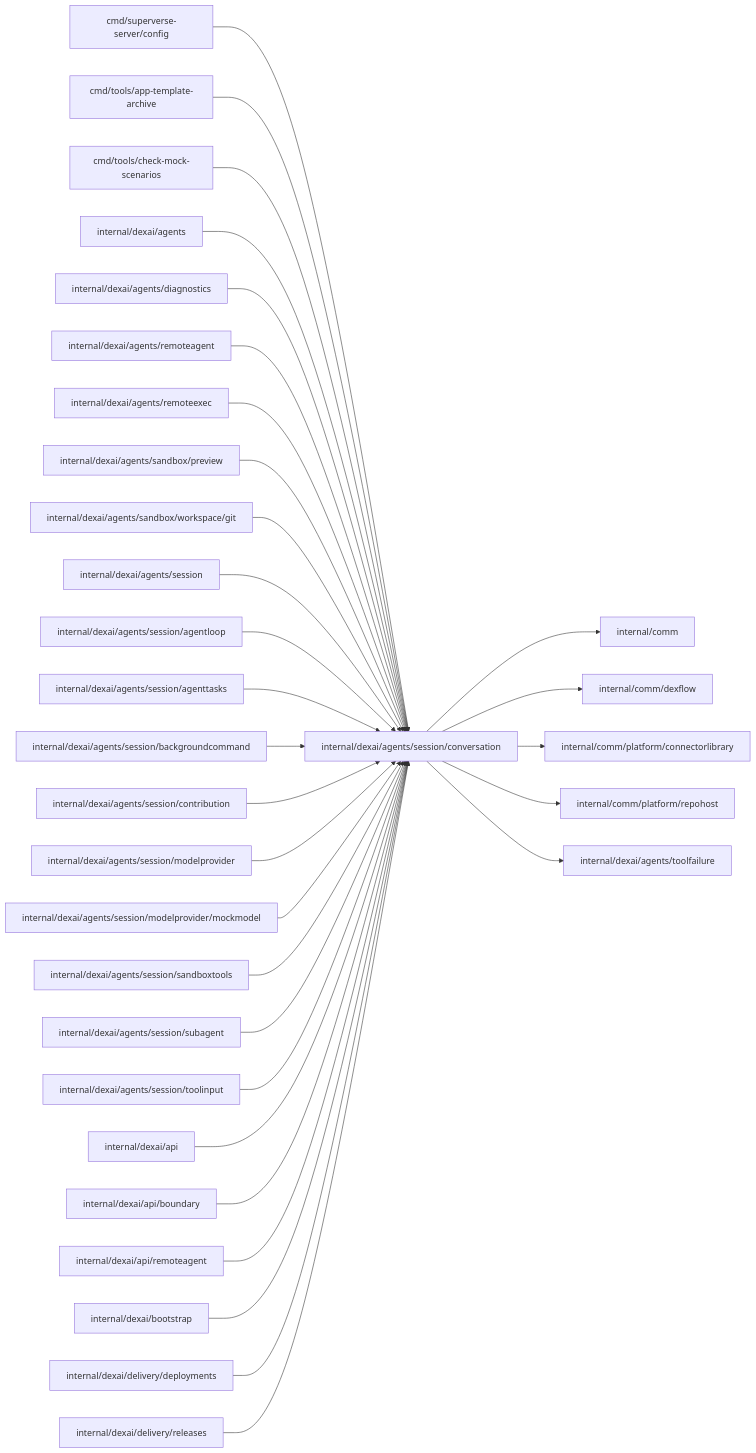
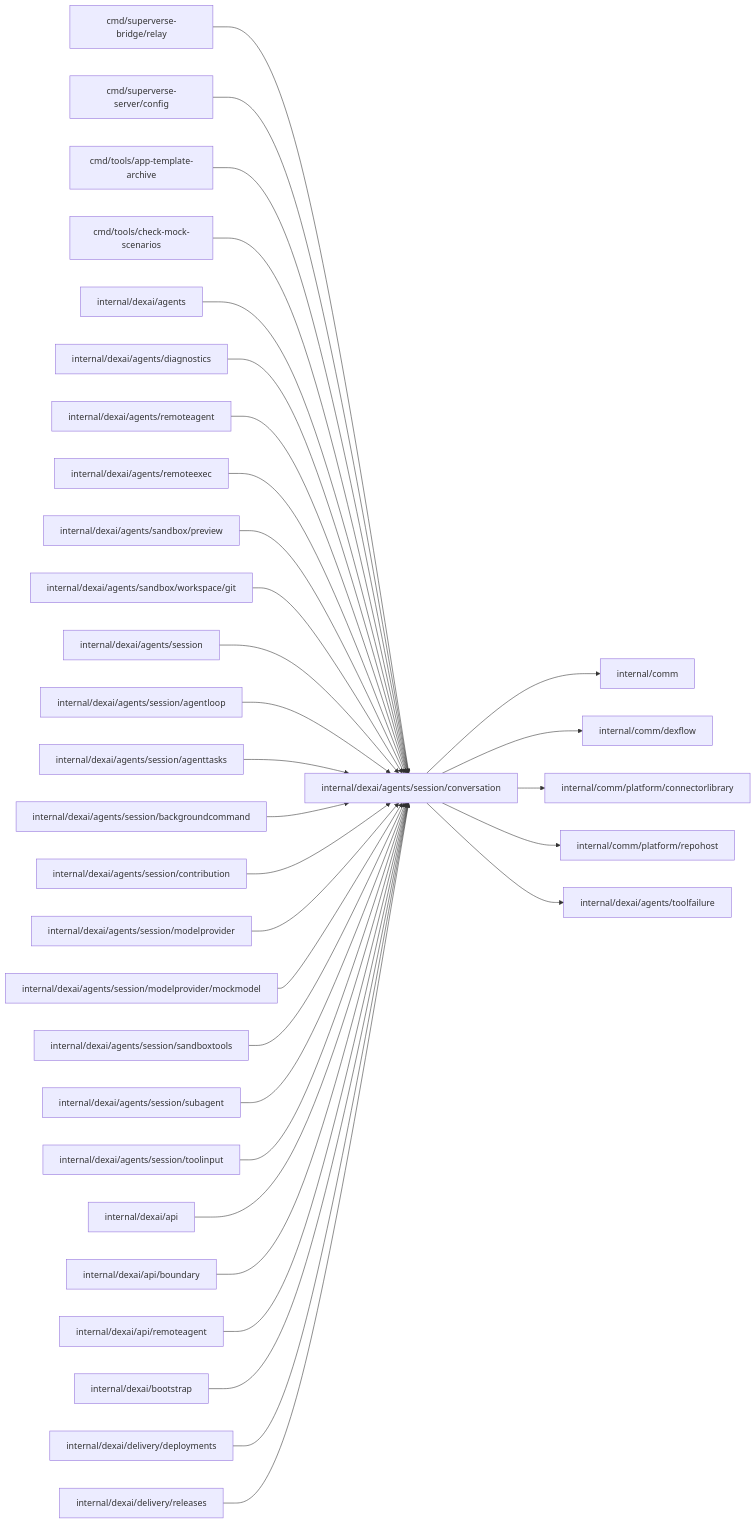
The diagram in internal/dexai/agents/session/conversation/README.md (superdurable/superverse), drawn with Mermaid before and after one commit. The commit also changed other lines of this file and 28 other files, not shown here.

````diff
--- a/internal/dexai/agents/session/conversation/README.md
+++ b/internal/dexai/agents/session/conversation/README.md
@@ -10,34 +10,35 @@
 ```mermaid
 flowchart LR
   self["internal/dexai/agents/session/conversation"]
-  c0["cmd/superverse-server/config"] --> self
-  c1["cmd/tools/app-template-archive"] --> self
-  c2["cmd/tools/check-mock-scenarios"] --> self
-  c3["internal/dexai/agents"] --> self
-  c4["internal/dexai/agents/diagnostics"] --> self
-  c5["internal/dexai/agents/remoteagent"] --> self
-  c6["internal/dexai/agents/remoteexec"] --> self
-  c7["internal/dexai/agents/sandbox/preview"] --> self
-  c8["internal/dexai/agents/sandbox/workspace/git"] --> self
-  c9["internal/dexai/agents/session"] --> self
-  c10["internal/dexai/agents/session/agentloop"] --> self
-  c11["internal/dexai/agents/session/agenttasks"] --> self
-  c12["internal/dexai/agents/session/backgroundcommand"] --> self
-  c13["internal/dexai/agents/session/contribution"] --> self
-  c14["internal/dexai/agents/session/modelprovider"] --> self
-  c15["internal/dexai/agents/session/modelprovider/mockmodel"] --> self
-  c16["internal/dexai/agents/session/sandboxtools"] --> self
-  c17["internal/dexai/agents/session/subagent"] --> self
-  c18["internal/dexai/agents/session/toolinput"] --> self
-  c19["internal/dexai/api"] --> self
-  c20["internal/dexai/api/boundary"] --> self
-  c21["internal/dexai/api/remoteagent"] --> self
-  c22["internal/dexai/bootstrap"] --> self
-  c23["internal/dexai/delivery/deployments"] --> self
-  c24["internal/dexai/delivery/releases"] --> self
+  c0["cmd/superverse-bridge/relay"] --> self
+  c1["cmd/superverse-server/config"] --> self
+  c2["cmd/tools/app-template-archive"] --> self
+  c3["cmd/tools/check-mock-scenarios"] --> self
+  c4["internal/dexai/agents"] --> self
+  c5["internal/dexai/agents/diagnostics"] --> self
+  c6["internal/dexai/agents/remoteagent"] --> self
+  c7["internal/dexai/agents/remoteexec"] --> self
+  c8["internal/dexai/agents/sandbox/preview"] --> self
+  c9["internal/dexai/agents/sandbox/workspace/git"] --> self
+  c10["internal/dexai/agents/session"] --> self
+  c11["internal/dexai/agents/session/agentloop"] --> self
+  c12["internal/dexai/agents/session/agenttasks"] --> self
+  c13["internal/dexai/agents/session/backgroundcommand"] --> self
+  c14["internal/dexai/agents/session/contribution"] --> self
+  c15["internal/dexai/agents/session/modelprovider"] --> self
+  c16["internal/dexai/agents/session/modelprovider/mockmodel"] --> self
+  c17["internal/dexai/agents/session/sandboxtools"] --> self
+  c18["internal/dexai/agents/session/subagent"] --> self
+  c19["internal/dexai/agents/session/toolinput"] --> self
+  c20["internal/dexai/api"] --> self
+  c21["internal/dexai/api/boundary"] --> self
+  c22["internal/dexai/api/remoteagent"] --> self
+  c23["internal/dexai/bootstrap"] --> self
+  c24["internal/dexai/delivery/deployments"] --> self
+  c25["internal/dexai/delivery/releases"] --> self
   self --> d0["internal/comm"]
   self --> d1["internal/comm/dexflow"]
   self --> d2["internal/comm/platform/connectorlibrary"]
   self --> d3["internal/comm/platform/repohost"]
   self --> d4["internal/dexai/agents/toolfailure"]
 ```
````
